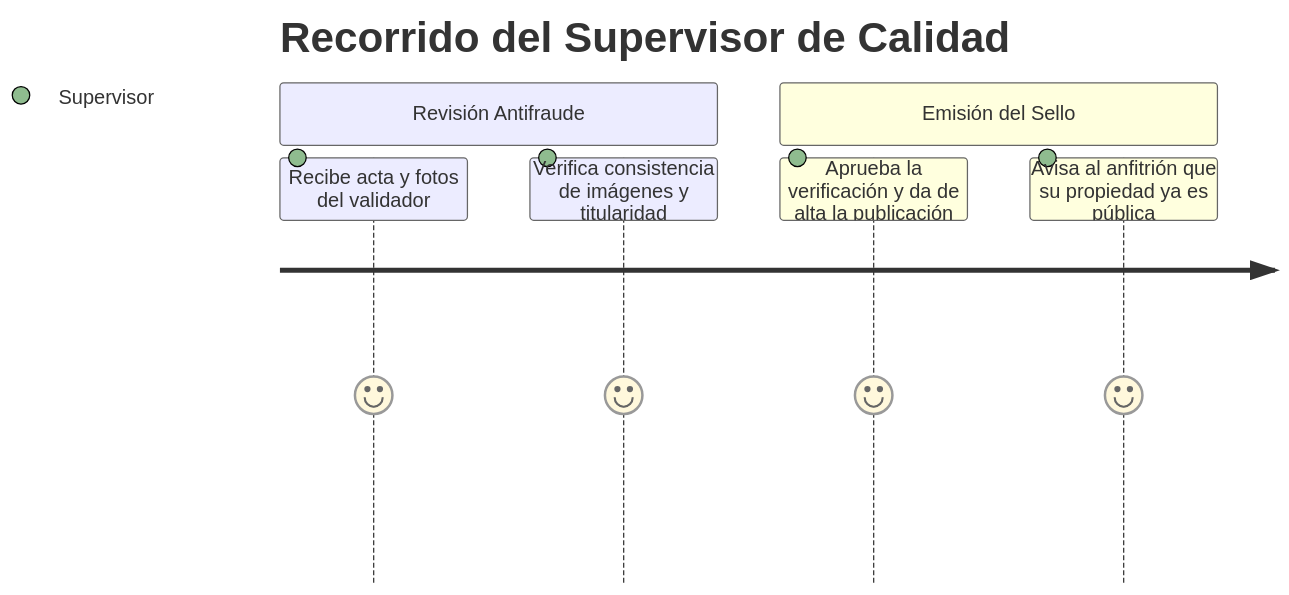
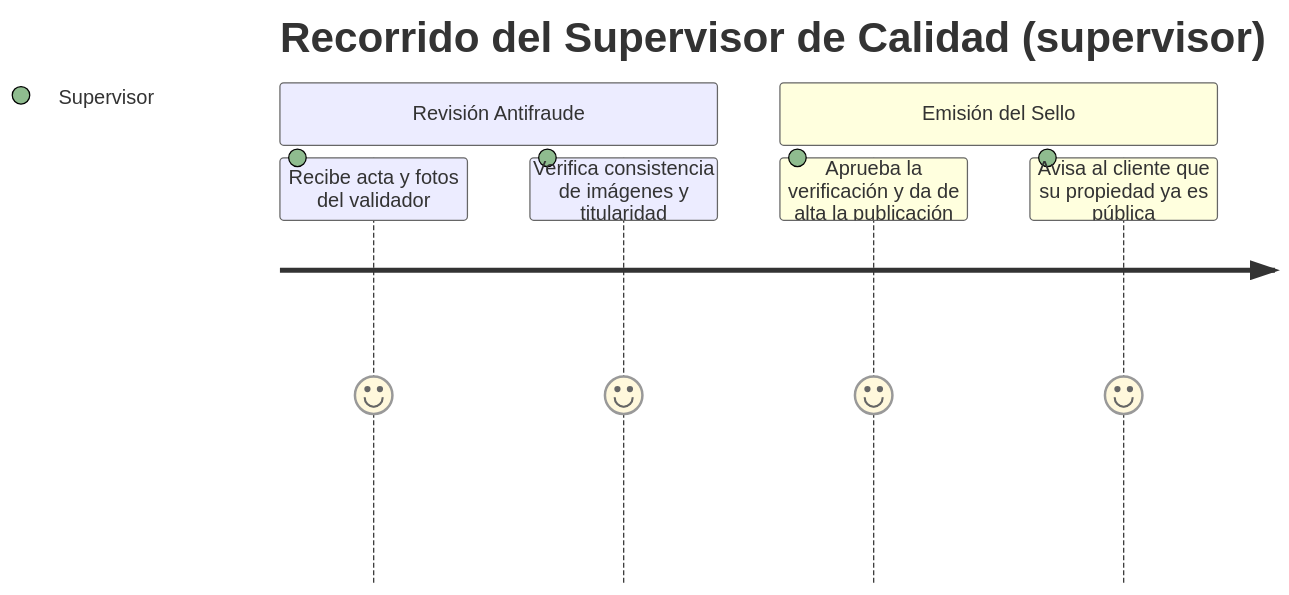
Before and after one commit to Noodle1981/ts_turismoseguro: the second of 4 diagrams in doc/context.md, drawn with Mermaid. The commit also changed other lines of this file and 3 other files, not shown here.

````diff
--- a/doc/context.md
+++ b/doc/context.md
@@ -36,10 +36,10 @@
 ```mermaid
 journey
-    title Recorrido del Supervisor de Calidad
+    title Recorrido del Supervisor de Calidad (supervisor)
     section Revisión Antifraude
       Recibe acta y fotos del validador: 5: Supervisor
       Verifica consistencia de imágenes y titularidad: 5: Supervisor
     section Emisión del Sello
       Aprueba la verificación y da de alta la publicación: 5: Supervisor
-      Avisa al anfitrión que su propiedad ya es pública: 5: Supervisor
+      Avisa al cliente que su propiedad ya es pública: 5: Supervisor
 ```
````
